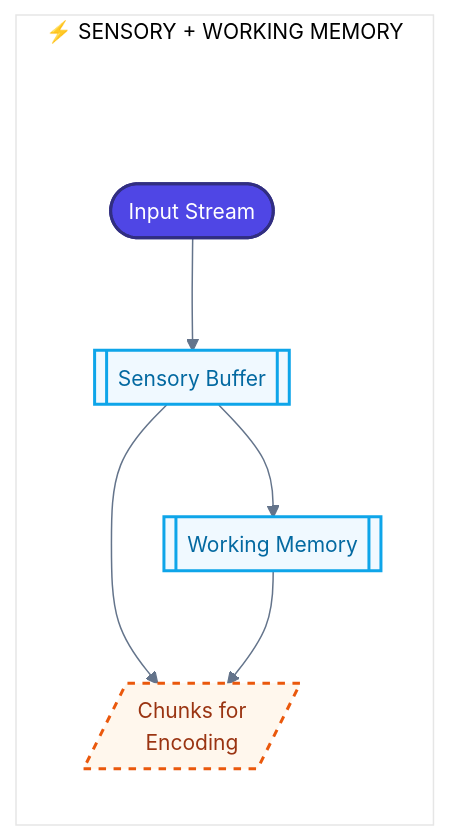
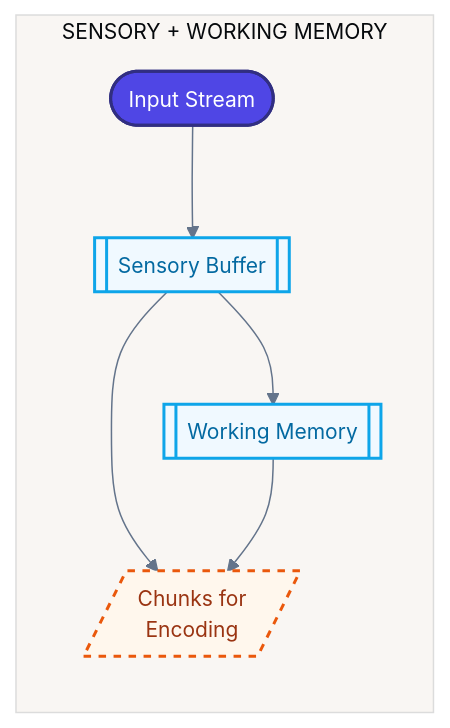
Before and after one commit to avinash-mall/CognitiveMemoryLayer: the third of 13 diagrams in README.md, drawn with Mermaid. The commit also changed other lines of this file and 105 other files, not shown here.

````diff
--- a/README.md
+++ b/README.md
@@ -156,51 +247,31 @@
 ```mermaid
 %%{
   init: {
     'theme': 'base',
     'flowchart': { 'useMaxWidth': true },
     'themeVariables': {
       'primaryColor': '#E2E8F0',
       'primaryTextColor': '#0F172A',
       'primaryBorderColor': '#334155',
       'lineColor': '#64748B',
-      'tertiaryColor': '#ffffff',
       'fontSize': '14px'
     }
   }
 }%%
 flowchart TD
-    %% --- Style Definitions --- %%
-    classDef input fill:#4F46E5,stroke:#312E81,color:#fff,stroke-width:2px;
-    classDef memory fill:#F0F9FF,stroke:#0EA5E9,stroke-width:2px,color:#0369A1;
-    classDef artifact fill:#FFF7ED,stroke:#EA580C,stroke-width:2px,stroke-dasharray: 5 5,color:#9A3412;
-    
-    %% --- Spacer Style (Invisible) --- %%
-    classDef hidden fill:none,stroke:none,color:#fff,width:0px,height:0px;
+    classDef input fill:#4F46E5,stroke:#312E81,color:#fff,stroke-width:2px
+    classDef memory fill:#F0F9FF,stroke:#0EA5E9,stroke-width:2px,color:#0369A1
+    classDef artifact fill:#FFF7ED,stroke:#EA580C,stroke-width:2px,stroke-dasharray: 5 5,color:#9A3412
 
-    subgraph STM ["⚡ SENSORY + WORKING MEMORY"]
+    subgraph STM ["SENSORY + WORKING MEMORY"]
         direction TB
-        
-        %% 1. Invisible Spacer Node (with a non-breaking space inside)
-        Spacer("&nbsp;"):::hidden
-        
-        %% 2. Real Nodes
         In([Input Stream]):::input
         Sensory[[Sensory Buffer]]:::memory
         Working[[Working Memory]]:::memory
         Chunks[/"Chunks for\nEncoding"/]:::artifact
 
-        %% 3. Connection (Spacer to Input)
-        %% We use a normal link, then hide it below
-        Spacer --- In
-        
-        %% 4. Real Connections
         In --> Sensory
         Sensory --> Working
-        
-        %% Merge connection
         Sensory & Working --> Chunks
     end
-
-    %% Hide the first link (index 0) to create the gap
-    linkStyle 0 stroke-width:0px,fill:none;
 ```
````
